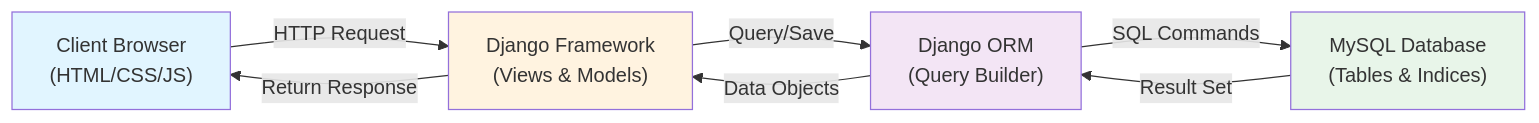
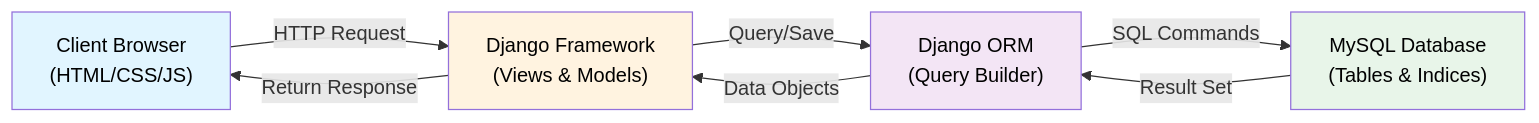
Before and after one commit to shashankpandey04/event_manager: the first of 16 diagrams in LLD_DIA.md, drawn with Mermaid. The commit also changed other lines of this file, not shown here.

Commit message:
fix: Update style attributes in LLD flow diagrams for consistent color formatting

````diff
--- a/LLD_DIA.md
+++ b/LLD_DIA.md
@@ -5,19 +5,19 @@
 ```mermaid
 graph LR
     Client["Client Browser<br/>(HTML/CSS/JS)"]
     Django["Django Framework<br/>(Views & Models)"]
     ORM["Django ORM<br/>(Query Builder)"]
     MySQL["MySQL Database<br/>(Tables & Indices)"]
     
     Client -->|HTTP Request| Django
     Django -->|Return Response| Client
     Django -->|Query/Save| ORM
     ORM -->|SQL Commands| MySQL
     MySQL -->|Result Set| ORM
     ORM -->|Data Objects| Django
     
-    style Client fill:#e1f5ff
-    style Django fill:#fff3e0
-    style ORM fill:#f3e5f5
-    style MySQL fill:#e8f5e9
+    style Client fill:#e1f5ff,color:#000000
+    style Django fill:#fff3e0,color:#000000
+    style ORM fill:#f3e5f5,color:#000000
+    style MySQL fill:#e8f5e9,color:#000000
 ```
````
